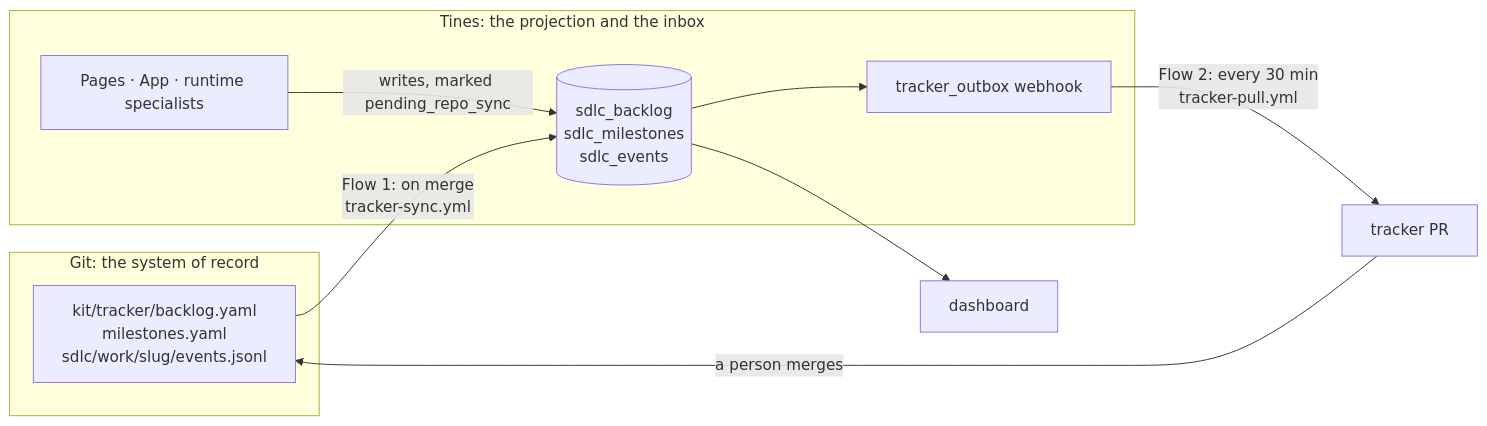
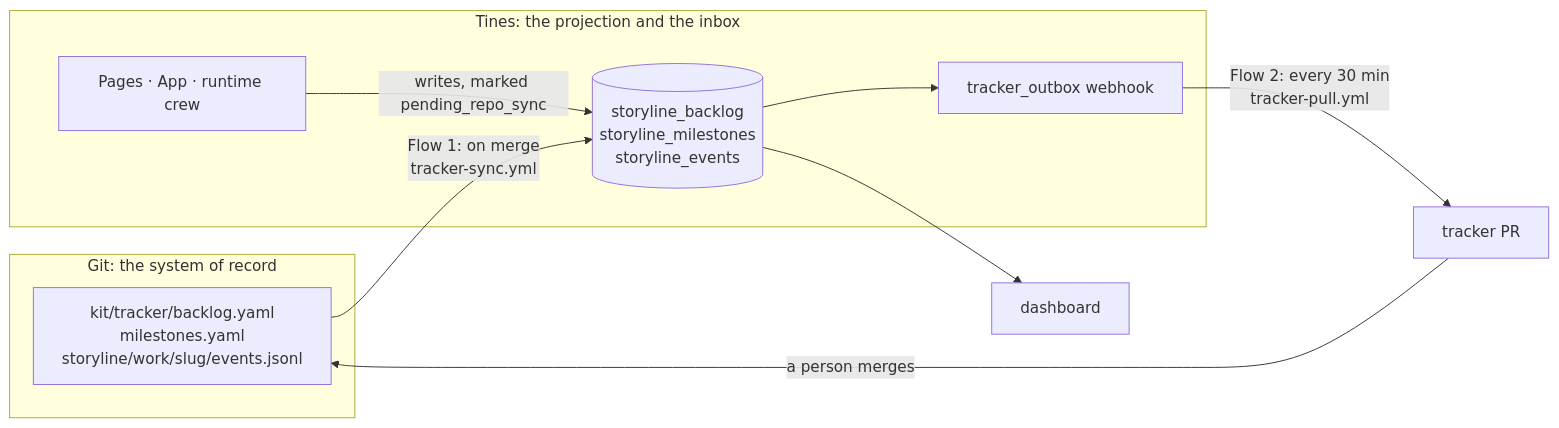
One commit to ad-ipp-tines/Agentic-Story-Factory-Starter-Kit changed the tenth of 11 diagrams in docs/study-guides/00-visual-tour.md. Above: the diagram before and after it, drawn with Mermaid. The commit also changed other lines of this file and 385 other files, not shown here.

First line of the commit message:
Rename lifecycle and kit concepts to Storyline and Storyworks.

````diff
--- a/docs/study-guides/00-visual-tour.md
+++ b/docs/study-guides/00-visual-tour.md
@@ -262,17 +262,17 @@
 ```mermaid
 flowchart LR
     subgraph GIT["Git: the system of record"]
-        BY["kit/tracker/backlog.yaml<br/>milestones.yaml<br/>sdlc/work/slug/events.jsonl"]
+        BY["kit/tracker/backlog.yaml<br/>milestones.yaml<br/>storyline/work/slug/events.jsonl"]
     end
     subgraph TN["Tines: the projection and the inbox"]
-        RC[("sdlc_backlog<br/>sdlc_milestones<br/>sdlc_events")]
-        UI["Pages · App · runtime specialists"]
+        RC[("storyline_backlog<br/>storyline_milestones<br/>storyline_events")]
+        UI["Pages · App · runtime crew"]
         OB["tracker_outbox webhook"]
     end
     BY -->|"Flow 1: on merge<br/>tracker-sync.yml"| RC
     UI -->|"writes, marked pending_repo_sync"| RC
     RC --> OB
     OB -->|"Flow 2: every 30 min<br/>tracker-pull.yml"| TPR["tracker PR"]
     TPR -->|"a person merges"| BY
     RC --> DB["dashboard"]
 ```
````
